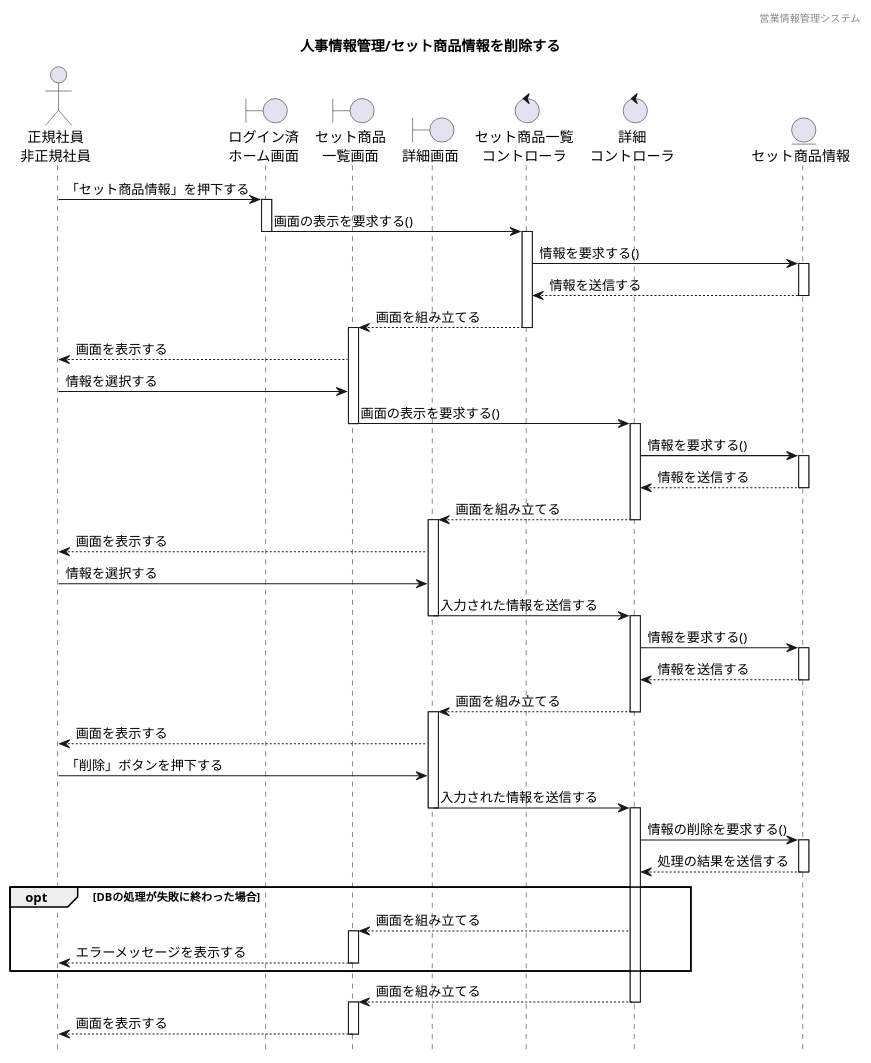
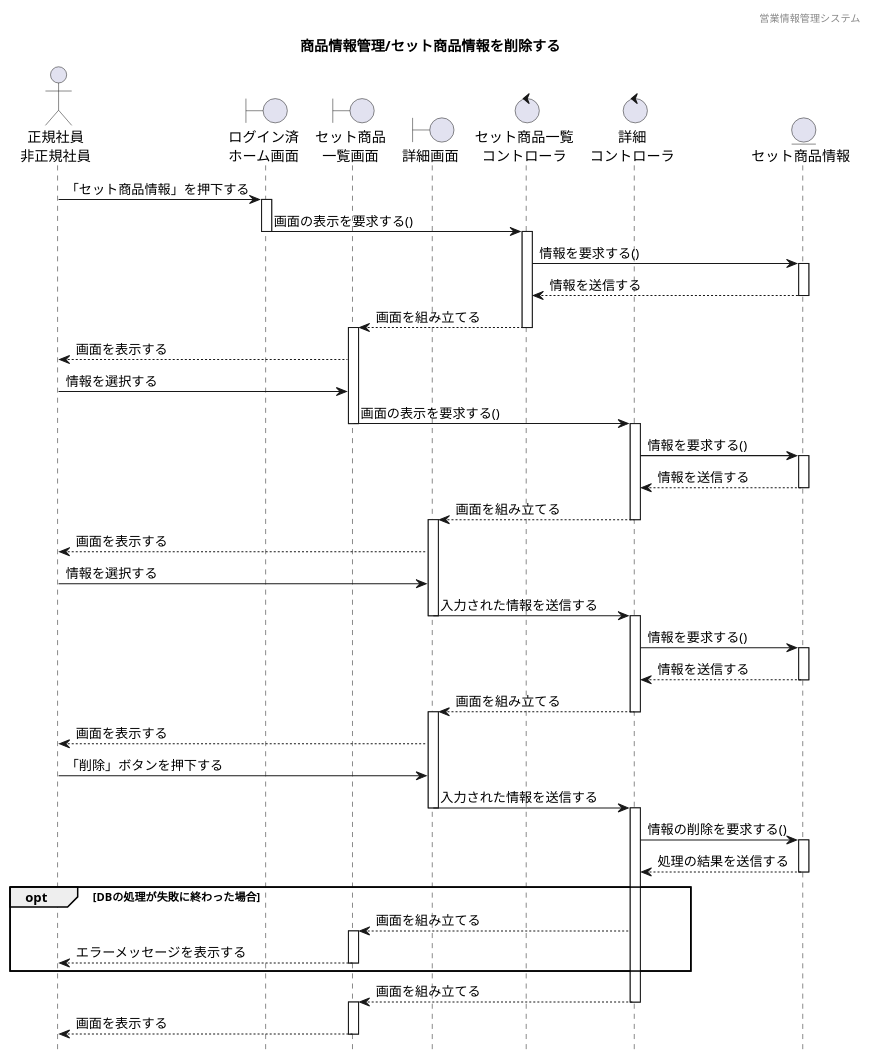
One commit to HaruShim/Sotuken changed the diagram in 各種設計書/4シーケンス図/商品情報管理/1.在庫管理/セット商品管理_削除.plantuml. Above: the diagram before and after it, drawn with PlantUML. The commit also changed 3 other files, not shown here.

```diff
--- a/各種設計書/4シーケンス図/商品情報管理/1.在庫管理/セット商品管理_削除.plantuml
+++ b/各種設計書/4シーケンス図/商品情報管理/1.在庫管理/セット商品管理_削除.plantuml
@@ -1,80 +1,80 @@
 @startuml ../../images/在庫管理/セット商品管理_削除
 
 hide footbox
 header 営業情報管理システム
-title 人事情報管理/セット商品情報を削除する
+title 商品情報管理/セット商品情報を削除する
 
 ' actor "" as a
 actor "正規社員\n非正規社員" as a1
 
 ' boundary "" as b
 boundary "ログイン済\nホーム画面" as b1
 boundary "セット商品\n一覧画面" as b2
 boundary "詳細画面" as b3
 
 ' control "" as c
 control "セット商品一覧\nコントローラ" as c1
 control "詳細\nコントローラ" as c2
 
 ' entity "" as e
 entity "セット商品情報" as e1
 
 a1 -> b1 : 「セット商品情報」を押下する
 activate b1
 b1 -> c1:画面の表示を要求する()
 deactivate b1
 activate c1
 c1 -> e1 : 情報を要求する()
 activate e1
 e1 --> c1 : 情報を送信する
 deactivate e1
 c1 --> b2: 画面を組み立てる
 deactivate c1
 activate b2
 b2 --> a1 : 画面を表示する
 a1 -> b2 : 情報を選択する
 b2 -> c2 : 画面の表示を要求する()
 deactivate b2
 activate c2
 c2 -> e1 : 情報を要求する()
 activate e1
 e1 --> c2 : 情報を送信する
 deactivate e1
 c2 --> b3 : 画面を組み立てる
 deactivate c2
 activate b3
 b3 --> a1 : 画面を表示する
 a1 -> b3 : 情報を選択する
 b3 -> c2 : 入力された情報を送信する
 deactivate b3
 activate c2
 c2 -> e1 : 情報を要求する()
 activate e1
 e1 --> c2 : 情報を送信する
 deactivate e1
 c2 --> b3 : 画面を組み立てる
 deactivate c2
 activate b3
 b3 --> a1 : 画面を表示する
 a1 -> b3 : 「削除」ボタンを押下する
 b3 -> c2 : 入力された情報を送信する
 deactivate b3
 activate c2
 c2 -> e1 : 情報の削除を要求する()
 activate e1
 e1 --> c2 : 処理の結果を送信する
 deactivate e1
 opt DBの処理が失敗に終わった場合
 c2 --> b2 : 画面を組み立てる
 
 activate b2
 b2 --> a1 : エラーメッセージを表示する
 deactivate b2
 end
 c2 --> b2 : 画面を組み立てる
 deactivate c2
 activate b2
 b2 --> a1 : 画面を表示する
 deactivate b2
 
 @enduml
```
